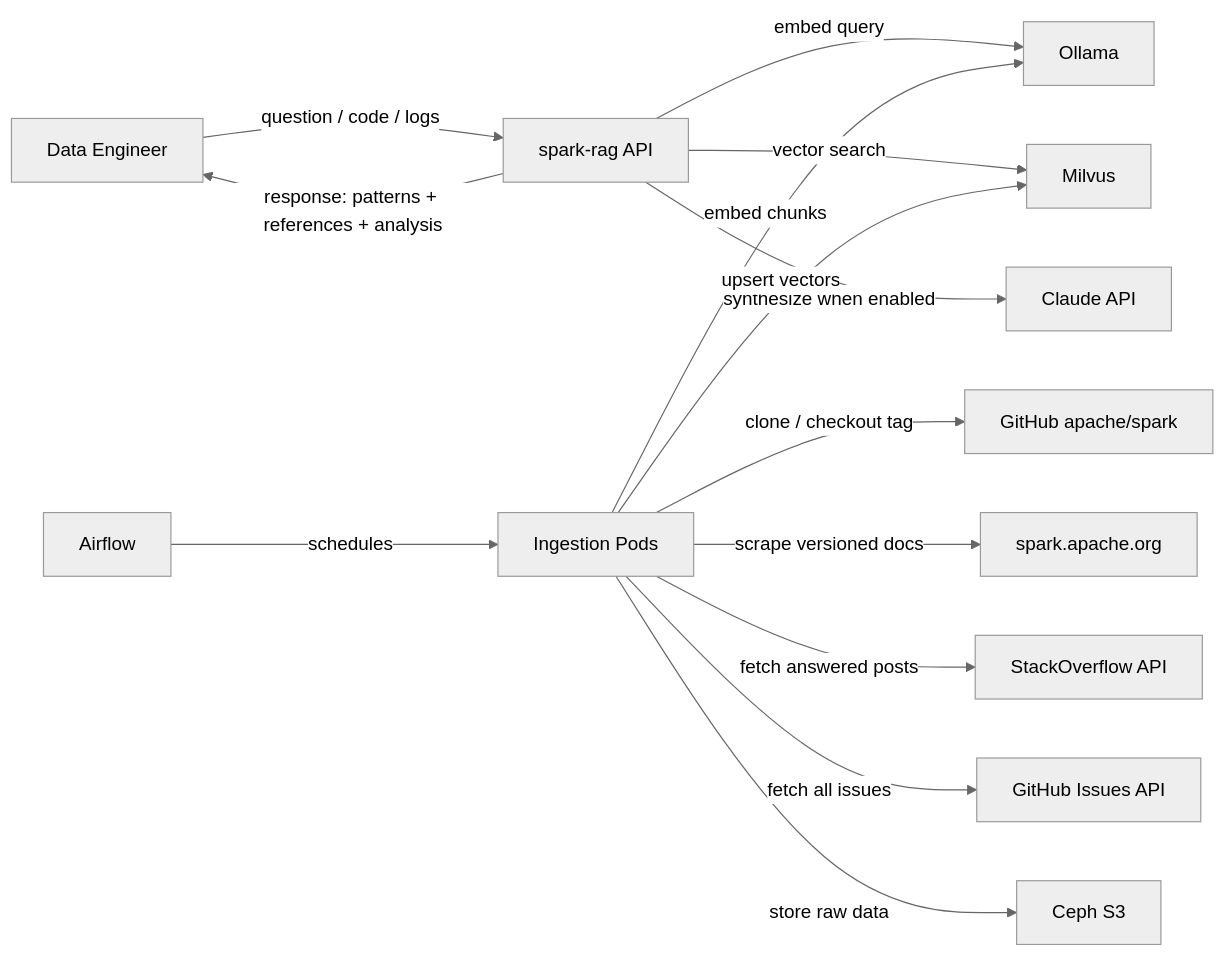
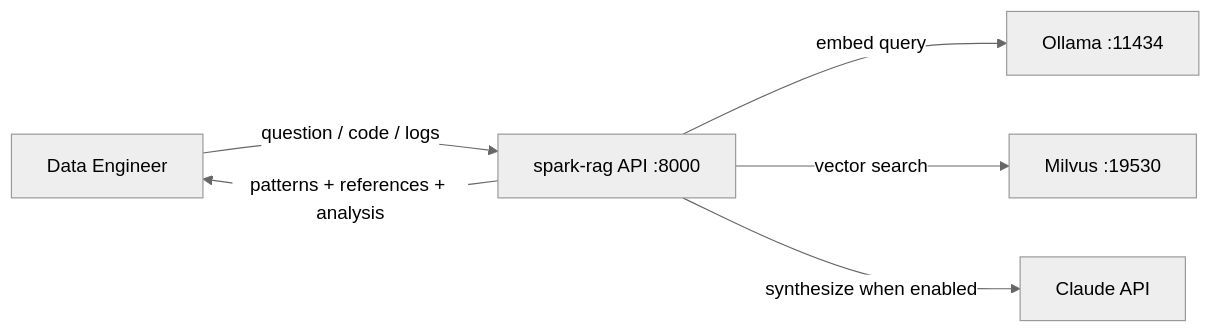
The first of 4 diagrams in docs/architecture.md (rammi-dev/spark-rag), drawn with Mermaid (neutral theme) before and after one commit. The commit also changed other lines of this file, not shown here.

Commit message:
Spark Rag bootstap initial preparation

````diff
--- a/docs/architecture.md
+++ b/docs/architecture.md
@@ -7,18 +7,9 @@
 ```mermaid
 graph LR
-    User[Data Engineer] -->|question / code / logs| API[spark-rag API]
-    API -->|response: patterns + references + analysis| User
+    User[Data Engineer] -->|question / code / logs| API[spark-rag API :8000]
+    API -->|patterns + references + analysis| User
 
-    API -->|embed query| Ollama
-    API -->|vector search| Milvus
+    API -->|embed query| Ollama[Ollama :11434]
+    API -->|vector search| Milvus[Milvus :19530]
     API -->|synthesize when enabled| Claude[Claude API]
-
-    Airflow -->|schedules| Ingestion[Ingestion Pods]
-    Ingestion -->|clone / checkout tag| GitHub[GitHub apache/spark]
-    Ingestion -->|scrape versioned docs| SparkDocs[spark.apache.org]
-    Ingestion -->|fetch answered posts| SO[StackOverflow API]
-    Ingestion -->|fetch all issues| Issues[GitHub Issues API]
-    Ingestion -->|embed chunks| Ollama
-    Ingestion -->|upsert vectors| Milvus
-    Ingestion -->|store raw data| CephS3[Ceph S3]
 ```
````
